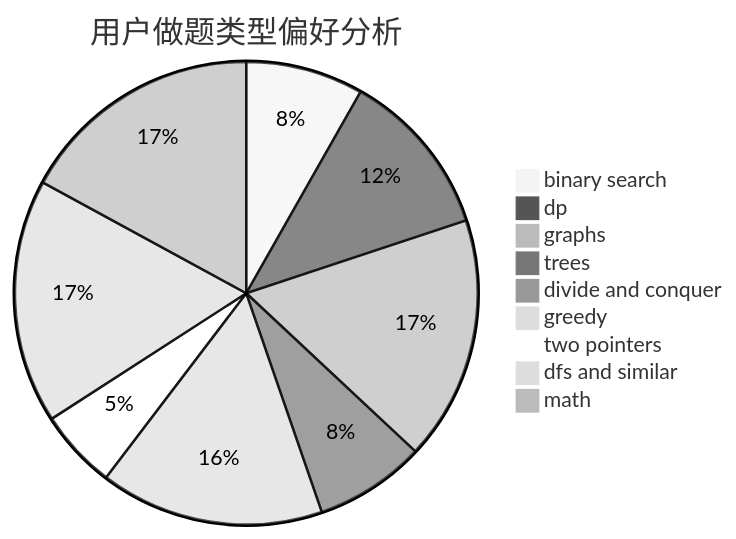
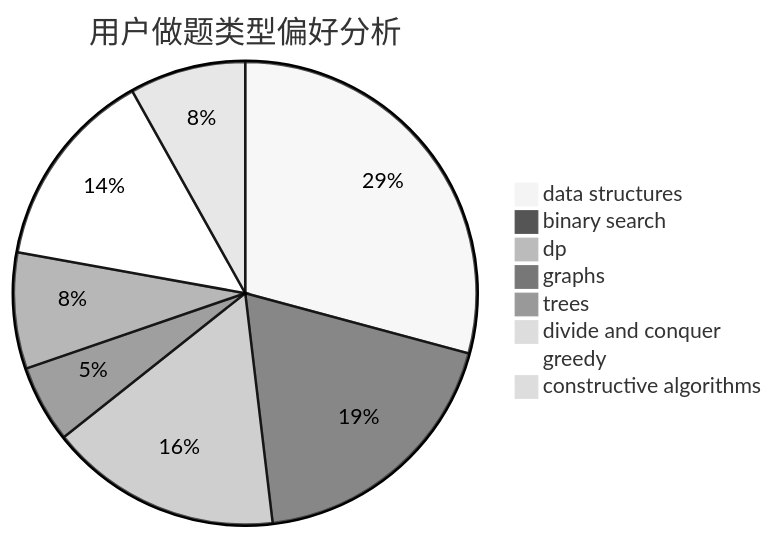
The second of 3 diagrams in docs/user/u184.md (sherpahu/cfrs.github.io), drawn with Mermaid (neutral theme) before and after one commit. The commit also changed other lines of this file and 2775 other files, not shown here.

````diff
--- a/docs/user/u184.md
+++ b/docs/user/u184.md
@@ -23,12 +23,11 @@
 ```mermaid
 pie title 用户做题类型偏好分析
-    "binary search" :  52
-    "dp" :  74
-    "graphs" :  108
-    "trees" :  49
-    "divide and conquer" :  4
-    "greedy" :  99
-    "two pointers" :  35
-    "dfs and similar" :  108
-    "math" :  108
+    "data structures" :  54
+    "binary search" :  35
+    "dp" :  30
+    "graphs" :  10
+    "trees" :  15
+    "divide and conquer" :  0
+    "greedy" :  26
+    "constructive algorithms" :  15
 ```
````
